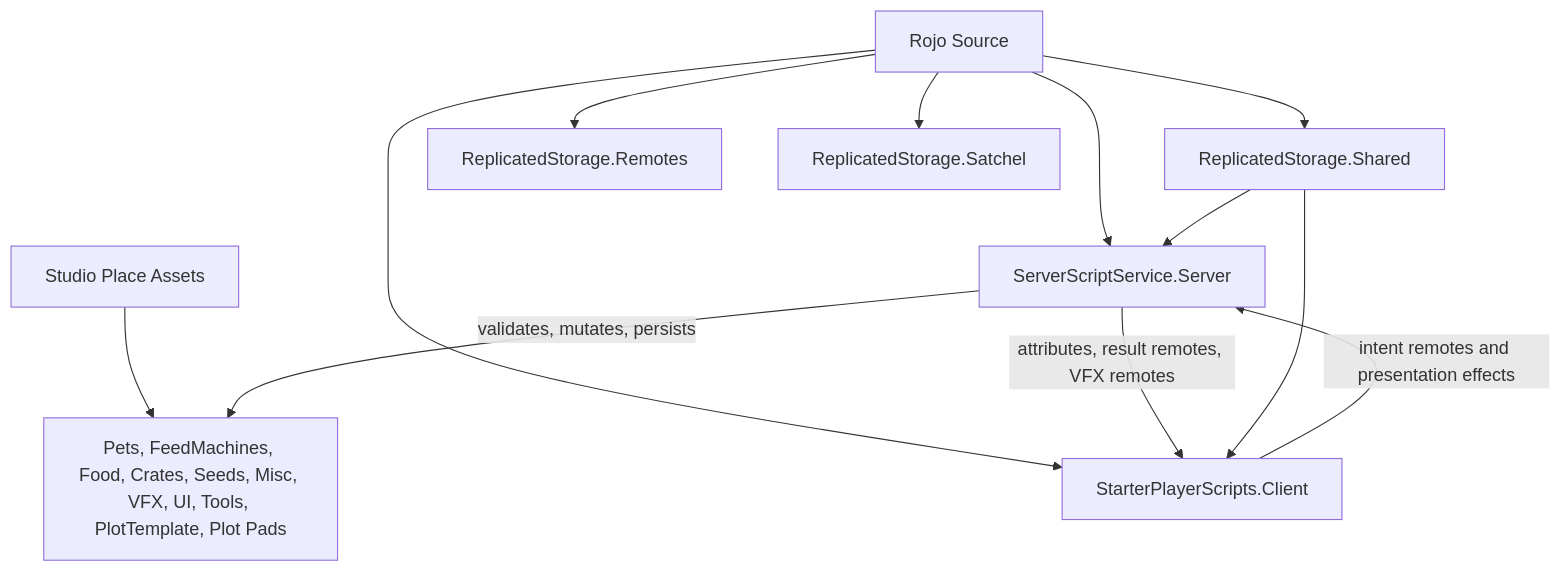
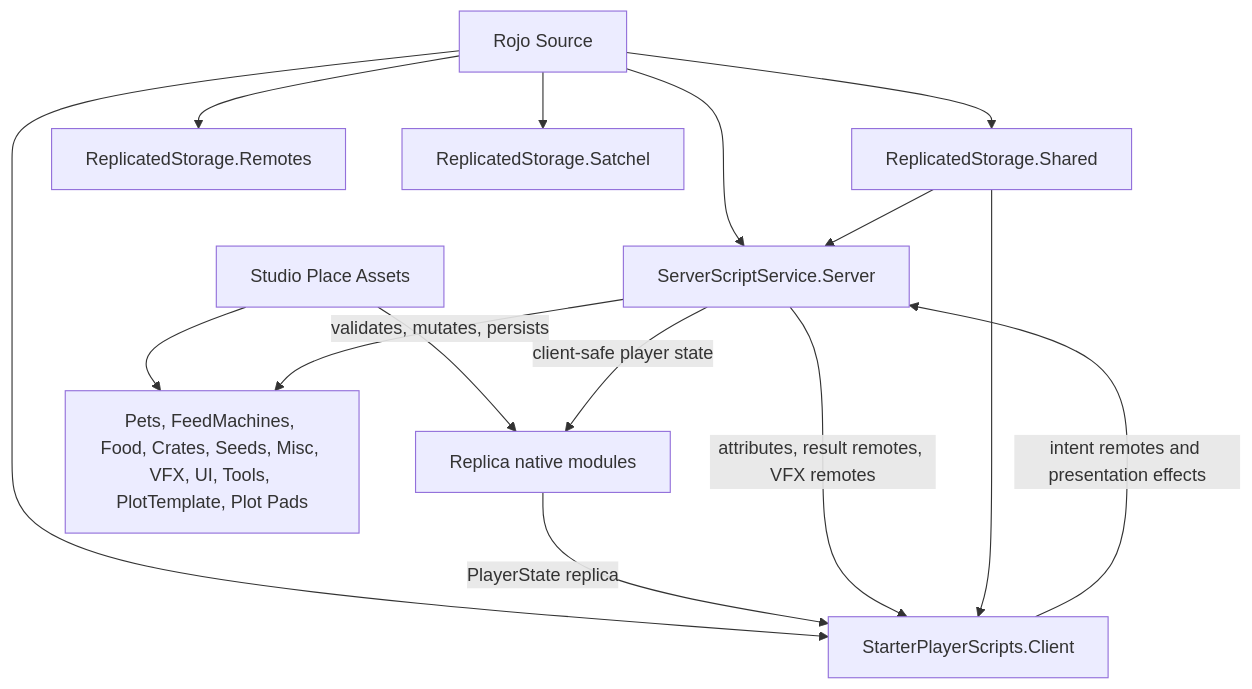
Before and after one commit to yacti/my-game: the diagram in AGENTS.md, drawn with Mermaid. The commit also changed other lines of this file and 24 other files, not shown here.

First line of the commit message:
Runtime: migrate player state to Replica

````diff
--- a/AGENTS.md
+++ b/AGENTS.md
@@ -35,14 +37,17 @@
 ```mermaid
 flowchart TD
   RojoSource["Rojo Source"] --> SharedCode["ReplicatedStorage.Shared"]
   RojoSource --> ServerCode["ServerScriptService.Server"]
   RojoSource --> ClientCode["StarterPlayerScripts.Client"]
   RojoSource --> RemoteFolder["ReplicatedStorage.Remotes"]
   RojoSource --> SatchelAsset["ReplicatedStorage.Satchel"]
+  StudioPlace --> ReplicaNative["Replica native modules"]
   StudioPlace["Studio Place Assets"] --> RuntimeTemplates["Pets, FeedMachines, Food, Crates, Seeds, Misc, VFX, UI, Tools, PlotTemplate, Plot Pads"]
   ClientCode -->|"intent remotes and presentation effects"| ServerCode
   ServerCode -->|"validates, mutates, persists"| RuntimeTemplates
+  ServerCode -->|"client-safe player state"| ReplicaNative
+  ReplicaNative -->|"PlayerState replica"| ClientCode
   ServerCode -->|"attributes, result remotes, VFX remotes"| ClientCode
   SharedCode --> ServerCode
   SharedCode --> ClientCode
 ```
````
